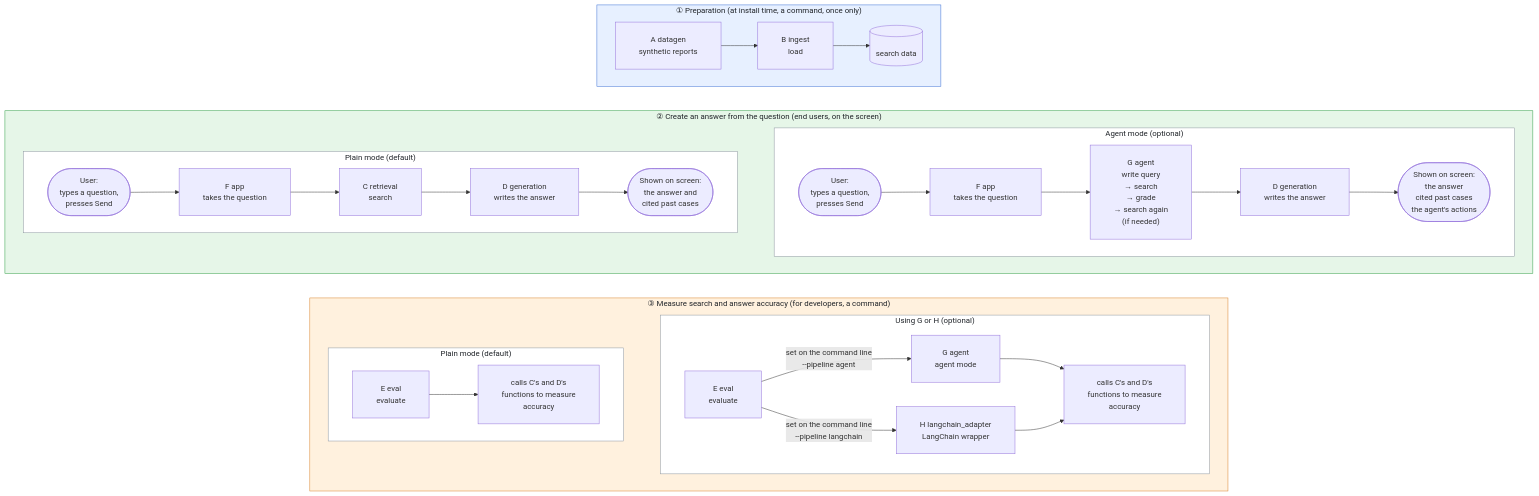
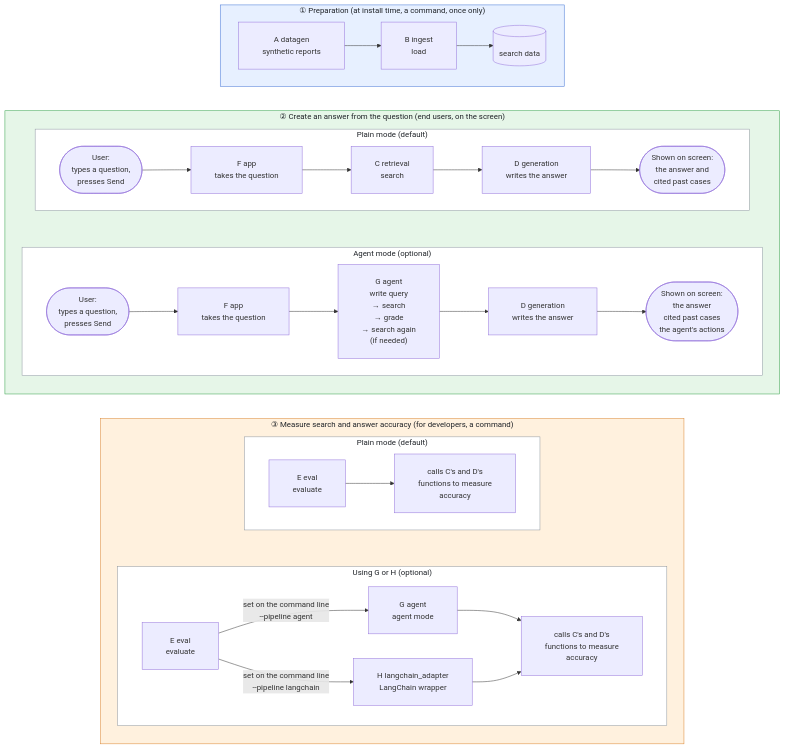
The first of 3 diagrams in README_en.md (satoshi-abe-dev/silo-rag), drawn with Mermaid before and after one commit. The commit also changed 1 other file, not shown here.

Commit message:
Stack the inner boxes of steps 2 and 3 vertically

````diff
--- a/README_en.md
+++ b/README_en.md
@@ -145,40 +145,42 @@
 ```mermaid
 %%{init: {"flowchart": {"padding": 24, "wrappingWidth": 400}}}%%
 graph TB
     subgraph g1["① Preparation (at install time, a command, once only)"]
         direction LR
         A["A datagen<br/>synthetic reports"] --> B["B ingest<br/>load"] --> DB[("search data")]
     end
     subgraph g2["② Create an answer from the question (end users, on the screen)"]
+        direction TB
         subgraph plain["Plain mode (default)"]
             direction LR
             U1(["User:<br/>types a question,<br/>presses Send"]) --> F1["F app<br/>takes the question"] --> C1["C retrieval<br/>search"] --> D1["D generation<br/>writes the answer"] --> R1(["Shown on screen:<br/>the answer and<br/>cited past cases"])
         end
         subgraph agent["Agent mode (optional)"]
             direction LR
             U2(["User:<br/>types a question,<br/>presses Send"]) --> F2["F app<br/>takes the question"] --> G["G agent<br/>write query<br/>→ search<br/>→ grade<br/>→ search again<br/>(if needed)"] --> D2["D generation<br/>writes the answer"] --> R2(["Shown on screen:<br/>the answer<br/>cited past cases<br/>the agent's actions"])
         end
         plain ~~~ agent
     end
     subgraph g3["③ Measure search and answer accuracy (for developers, a command)"]
+        direction TB
         subgraph ev["Plain mode (default)"]
             direction LR
             E1["E eval<br/>evaluate"] --> CD1["calls C's and D's<br/>functions to measure<br/>accuracy"]
         end
         subgraph ev2["Using G or H (optional)"]
             direction LR
             E2["E eval<br/>evaluate"] -->|"set on the command line<br/>--pipeline agent"| G2["G agent<br/>agent mode"] --> CD2["calls C's and D's<br/>functions to measure<br/>accuracy"]
             E2 -->|"set on the command line<br/>--pipeline langchain"| H["H langchain_adapter<br/>LangChain wrapper"] --> CD2
         end
         ev ~~~ ev2
     end
     g1 ~~~ g2
     g2 ~~~ g3
     style g1 fill:#e7f0ff,stroke:#3b6fd4,color:#1f2328
     style g2 fill:#e6f6e8,stroke:#2f9e44,color:#1f2328
     style g3 fill:#fff1de,stroke:#d9822b,color:#1f2328
     style plain fill:#ffffff,stroke:#8c959f,color:#1f2328
     style agent fill:#ffffff,stroke:#8c959f,color:#1f2328
     style ev fill:#ffffff,stroke:#8c959f,color:#1f2328
     style ev2 fill:#ffffff,stroke:#8c959f,color:#1f2328
 ```
````
